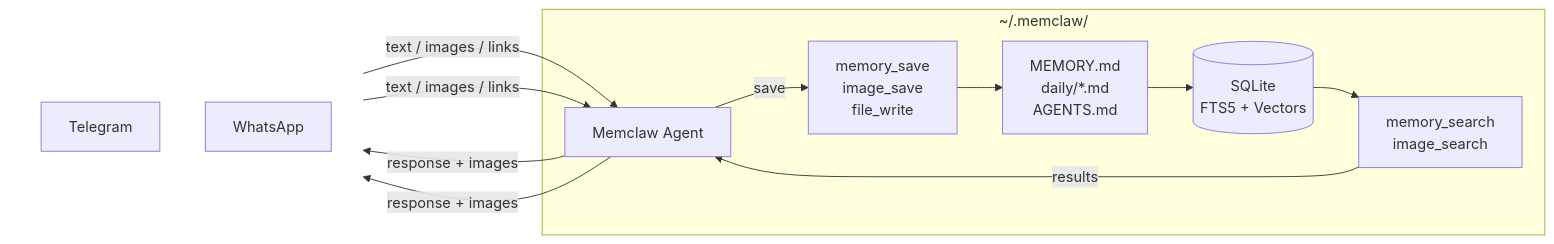
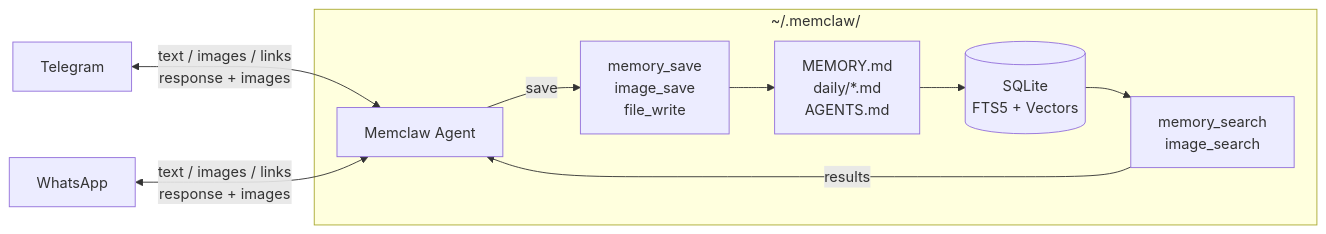
Before and after one commit to emanuilo/memclaw: the diagram in README.md, drawn with Mermaid.

Commit message:
docs: use bidirectional edges so channels stack vertically

````diff
--- a/README.md
+++ b/README.md
@@ -116,23 +116,13 @@
 ```mermaid
 flowchart LR
-    subgraph Channels [" "]
-        direction TB
-        TG[Telegram]
-        WA[WhatsApp]
-    end
-
-    TG -->|text / images / links| Agent[Memclaw Agent]
-    WA -->|text / images / links| Agent
-    Agent -->|response + images| TG
-    Agent -->|response + images| WA
+    TG[Telegram] <-->|text / images / links<br>response + images| Agent[Memclaw Agent]
+    WA[WhatsApp] <-->|text / images / links<br>response + images| Agent
 
     subgraph sandbox ["~/.memclaw/"]
         Agent -->|save| Tools1["memory_save<br>image_save<br>file_write"]
         Tools1 --> Files["MEMORY.md<br>daily/*.md<br>AGENTS.md"]
         Files --> DB[("SQLite<br>FTS5 + Vectors")]
         DB --> Tools2["memory_search<br>image_search"]
         Tools2 -->|results| Agent
     end
-
-    style Channels fill:none,stroke:none
 ```
````
